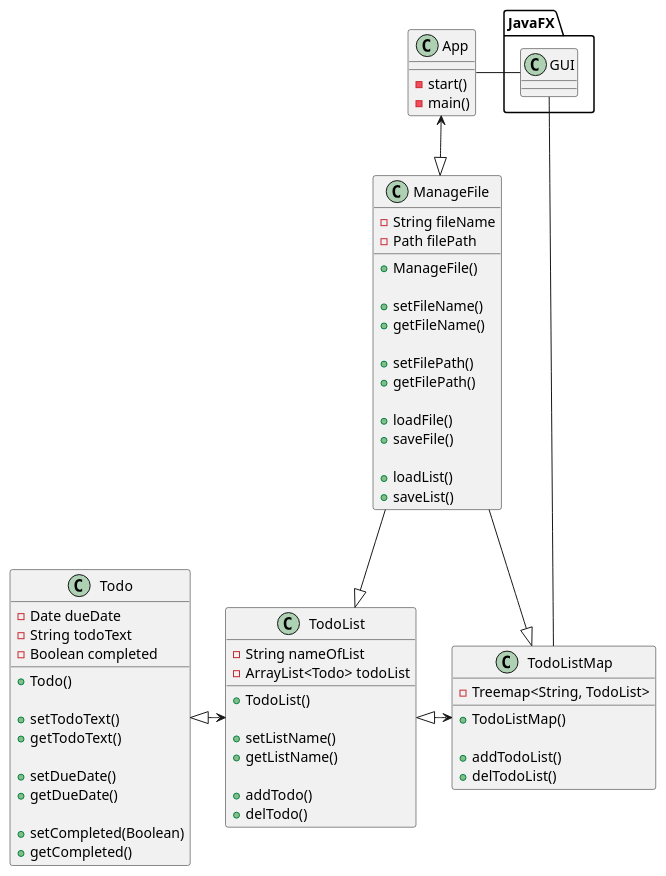
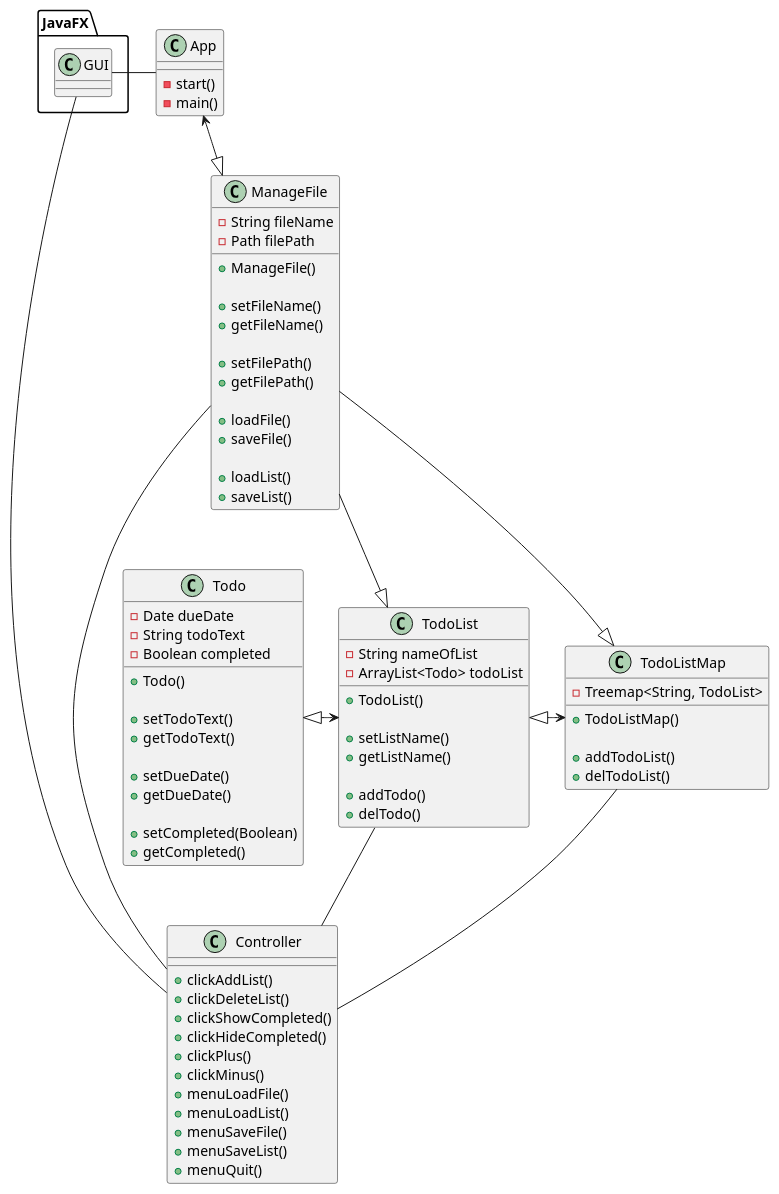
The diagram in uml/App.puml (SlimyMonz/Java-Todo-App), drawn with PlantUML before and after one commit. The commit also changed 7 other files, not shown here.

```diff
--- a/uml/App.puml
+++ b/uml/App.puml
@@ -1,84 +1,105 @@
 @startuml
 'https://plantuml.com/class-diagram
 
 class App {
 
     -start()
     -main()
+}
+
+class Controller {
+
+    +clickAddList()
+    +clickDeleteList()
+    +clickShowCompleted()
+    +clickHideCompleted()
+    +clickPlus()
+    +clickMinus()
+    +menuLoadFile()
+    +menuLoadList()
+    +menuSaveFile()
+    +menuSaveList()
+    +menuQuit()
+
 }
 
 class ManageFile {
 
     -String fileName
     -Path filePath
 
     +ManageFile()
 
     +setFileName()
     +getFileName()
 
     +setFilePath()
     +getFilePath()
 
     +loadFile()
     +saveFile()
 
     +loadList()
     +saveList()
 
 }
 
 class TodoListMap {
     -Treemap<String, TodoList>
 
     +TodoListMap()
 
     +addTodoList()
     +delTodoList()
 }
 
 class TodoList {
     -String nameOfList
     -ArrayList<Todo> todoList
 
     +TodoList()
 
     +setListName()
     +getListName()
 
     +addTodo()
     +delTodo()
 }
 
 class Todo {
 
     -Date dueDate
     -String todoText
     -Boolean completed
 
     +Todo()
 
     +setTodoText()
     +getTodoText()
 
     +setDueDate()
     +getDueDate()
 
     +setCompleted(Boolean)
     +getCompleted()
 
 }
 
 
 JavaFX.GUI = App
-JavaFX.GUI = TodoListMap
+JavaFX.GUI = Controller
 
 App <--|> ManageFile
 ManageFile --|> TodoListMap
 ManageFile --|> TodoList
 Todo <|-> TodoList
 TodoList <|-> TodoListMap
 
+ManageFile = Controller
+TodoList ==  Controller
+TodoListMap = Controller
+
+
 
 
 @enduml
```
